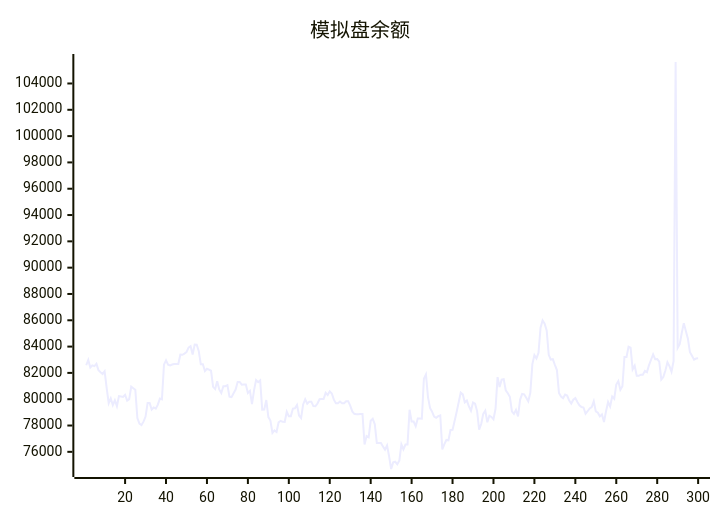
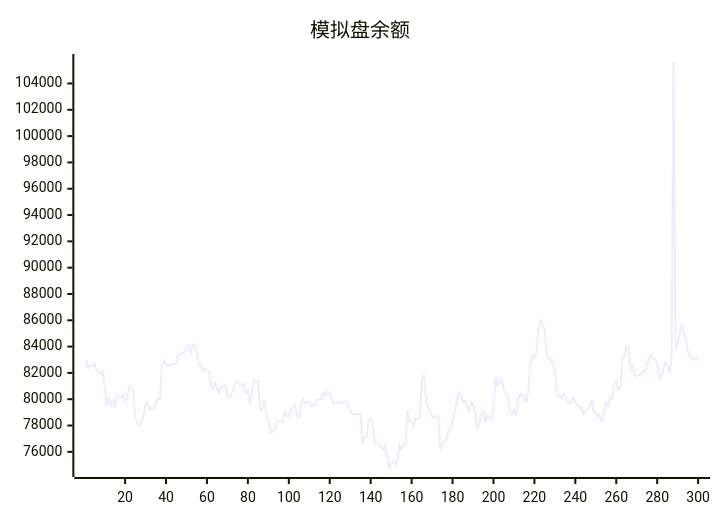
One commit to aahl/ai-trading changed the diagram in README.md. Above: the diagram before and after it, drawn with Mermaid. The commit also changed other lines of this file and 1 other file, not shown here.

````diff
--- a/README.md
+++ b/README.md
@@ -5,5 +5,5 @@
 ```mermaid
 xychart
     title "模拟盘余额"
-    line [82582,82983,82404,82572,82512,82688,82200,82047,81920,82125,80840,79688,80060,79552,79920,79470,80236,80208,80170,80336,79894,80006,80954,80837,80712,78561,78139,78037,78293,78682,79720,79720,79214,79372,79279,79591,80046,79993,82625,82950,82626,82571,82633,82670,82670,82681,83386,83378,83464,83579,83920,84037,83402,84160,84142,83652,82655,82655,82145,82315,82243,82163,80934,80770,81371,80742,80468,80989,80989,81067,80191,80155,80450,80737,81309,81309,81106,81119,81119,80471,80631,79624,80670,81448,81290,81429,79212,79222,79940,78643,78380,77432,77623,77504,78235,78358,78284,78277,79048,78714,78714,79290,79308,79567,78763,78563,79603,79988,79652,79813,79813,79476,79469,79673,79995,80015,80015,80486,80314,80600,80436,79966,79689,79689,79819,79692,79692,79850,79850,79518,79071,78889,78850,78850,78878,78878,76554,77202,77103,78357,78510,78106,76678,76677,76672,76411,76159,76485,75656,74695,75197,75246,75052,75334,76564,76179,76553,76551,79196,78300,78300,77944,78531,78531,78521,81564,81884,80160,79335,79055,78675,78580,78708,78764,76179,76586,76902,76876,77658,77669,78346,79023,79769,80497,80366,79761,79896,79448,79126,79749,79658,79097,77695,78114,78888,79126,78249,78738,78653,78478,79271,81680,80923,81488,81527,80681,80455,80190,79084,78879,79193,78686,79954,80403,80374,80118,79848,80491,82665,83351,83098,83525,85430,85983,85737,85221,83378,83014,83043,82613,82216,80477,80208,80081,80348,80277,79894,79670,79965,80093,79786,79542,79406,79371,78893,79087,79304,79406,79841,79072,78978,78696,78846,78272,79085,79787,79442,80198,80031,81120,81379,80718,80985,83214,83212,83993,83921,82270,82547,81776,81776,81866,81866,82158,82061,82596,83000,83408,83041,83050,82858,81503,81691,82188,82812,82517,82092,82901,105633,83898,84180,85030,85781,85178,84604,83569,83298,83008,83093,83107]
+    line [82983,82404,82572,82512,82688,82200,82047,81920,82125,80840,79688,80060,79552,79920,79470,80236,80208,80170,80336,79894,80006,80954,80837,80712,78561,78139,78037,78293,78682,79720,79720,79214,79372,79279,79591,80046,79993,82625,82950,82626,82571,82633,82670,82670,82681,83386,83378,83464,83579,83920,84037,83402,84160,84142,83652,82655,82655,82145,82315,82243,82163,80934,80770,81371,80742,80468,80989,80989,81067,80191,80155,80450,80737,81309,81309,81106,81119,81119,80471,80631,79624,80670,81448,81290,81429,79212,79222,79940,78643,78380,77432,77623,77504,78235,78358,78284,78277,79048,78714,78714,79290,79308,79567,78763,78563,79603,79988,79652,79813,79813,79476,79469,79673,79995,80015,80015,80486,80314,80600,80436,79966,79689,79689,79819,79692,79692,79850,79850,79518,79071,78889,78850,78850,78878,78878,76554,77202,77103,78357,78510,78106,76678,76677,76672,76411,76159,76485,75656,74695,75197,75246,75052,75334,76564,76179,76553,76551,79196,78300,78300,77944,78531,78531,78521,81564,81884,80160,79335,79055,78675,78580,78708,78764,76179,76586,76902,76876,77658,77669,78346,79023,79769,80497,80366,79761,79896,79448,79126,79749,79658,79097,77695,78114,78888,79126,78249,78738,78653,78478,79271,81680,80923,81488,81527,80681,80455,80190,79084,78879,79193,78686,79954,80403,80374,80118,79848,80491,82665,83351,83098,83525,85430,85983,85737,85221,83378,83014,83043,82613,82216,80477,80208,80081,80348,80277,79894,79670,79965,80093,79786,79542,79406,79371,78893,79087,79304,79406,79841,79072,78978,78696,78846,78272,79085,79787,79442,80198,80031,81120,81379,80718,80985,83214,83212,83993,83921,82270,82547,81776,81776,81866,81866,82158,82061,82596,83000,83408,83041,83050,82858,81503,81691,82188,82812,82517,82092,82901,105633,83898,84180,85030,85781,85178,84604,83569,83298,83008,83093,83107,83175]
 ```
````
